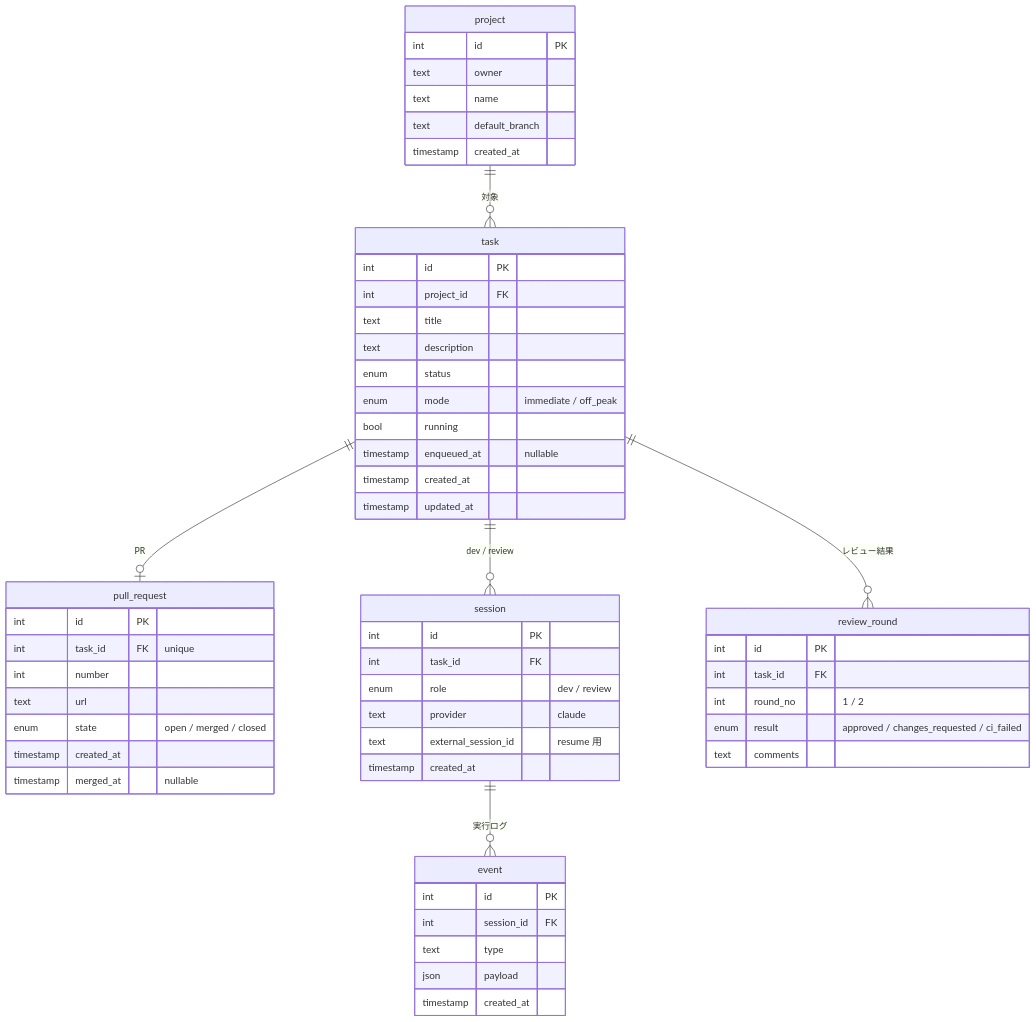
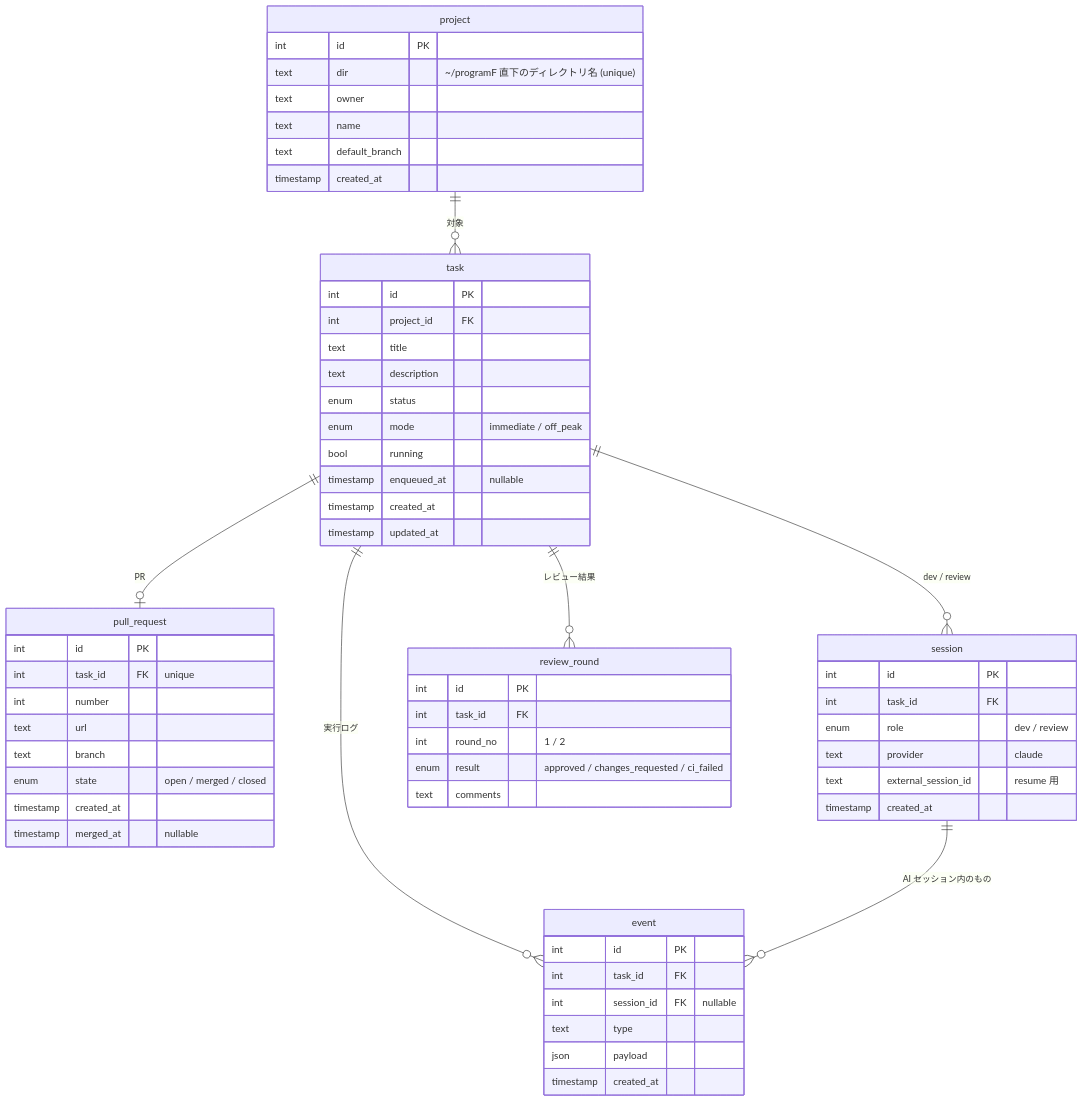
One commit to Satoru314/Kobo-13900K changed the diagram in docs/design.md. Above: the diagram before and after it, drawn with Mermaid. The commit also changed other lines of this file and 1 other file, not shown here.

Commit message:
Read default branch without SSH; sync design doc with implementation

````diff
--- a/docs/design.md
+++ b/docs/design.md
@@ -256,59 +257,63 @@
 ```mermaid
 erDiagram
   project ||--o{ task : "対象"
   task ||--o| pull_request : "PR"
   task ||--o{ session : "dev / review"
   task ||--o{ review_round : "レビュー結果"
-  session ||--o{ event : "実行ログ"
+  task ||--o{ event : "実行ログ"
+  session ||--o{ event : "AI セッション内のもの"
 
   project {
     int id PK
+    text dir "~/programF 直下のディレクトリ名 (unique)"
     text owner
     text name
     text default_branch
     timestamp created_at
   }
   task {
     int id PK
     int project_id FK
     text title
     text description
     enum status
     enum mode "immediate / off_peak"
     bool running
     timestamp enqueued_at "nullable"
     timestamp created_at
     timestamp updated_at
   }
   pull_request {
     int id PK
     int task_id FK "unique"
     int number
     text url
+    text branch
     enum state "open / merged / closed"
     timestamp created_at
     timestamp merged_at "nullable"
   }
   session {
     int id PK
     int task_id FK
     enum role "dev / review"
     text provider "claude"
     text external_session_id "resume 用"
     timestamp created_at
   }
   review_round {
     int id PK
     int task_id FK
     int round_no "1 / 2"
     enum result "approved / changes_requested / ci_failed"
     text comments
   }
   event {
     int id PK
-    int session_id FK
+    int task_id FK
+    int session_id FK "nullable"
     text type
     json payload
     timestamp created_at
   }
 ```
````
